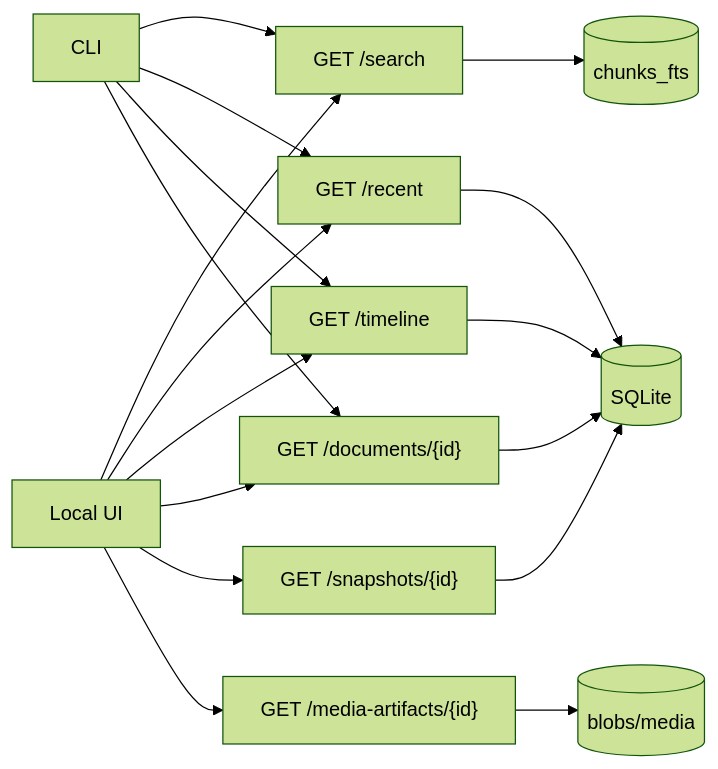
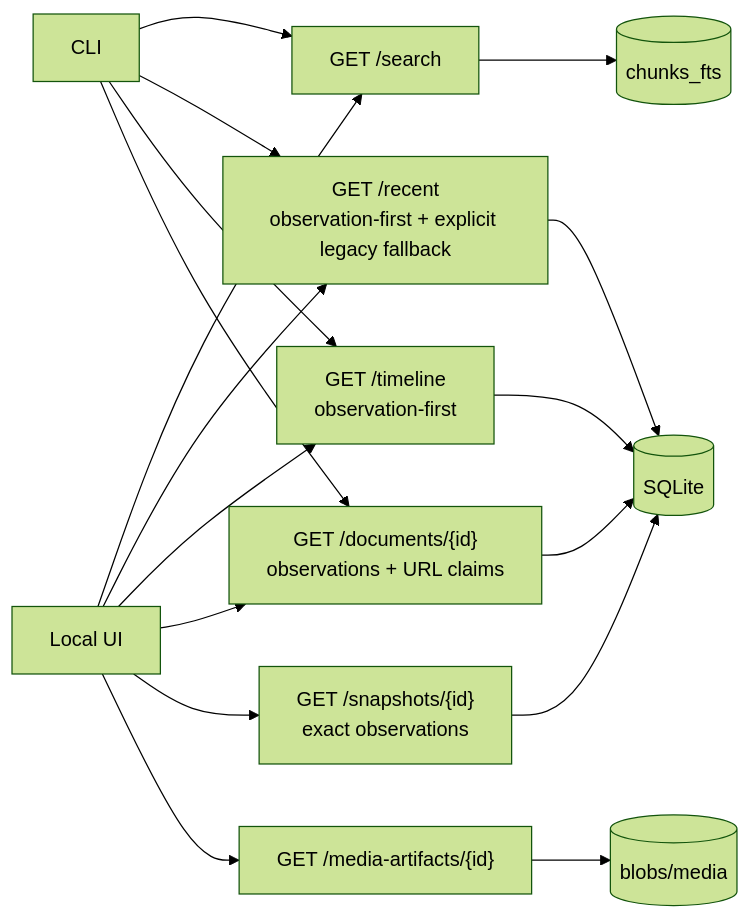
Before and after one commit to michaelnicks0/browser-memory-daemon: the seventh of 8 diagrams in docs/DIAGRAMS.md, drawn with Mermaid (forest theme). The commit also changed other lines of this file and 25 other files, not shown here.

````diff
--- a/docs/DIAGRAMS.md
+++ b/docs/DIAGRAMS.md
@@ -154,19 +154,19 @@
 ```mermaid
 flowchart LR
   Search["GET /search"] --> FTS[("chunks_fts")]
-  Recent["GET /recent"] --> DB[("SQLite")]
-  Timeline["GET /timeline"] --> DB
-  Detail["GET /documents/{id}"] --> DB
-  Snapshot["GET /snapshots/{id}"] --> DB
+  Recent["GET /recent<br/>observation-first + explicit legacy fallback"] --> DB[("SQLite")]
+  Timeline["GET /timeline<br/>observation-first"] --> DB
+  Detail["GET /documents/{id}<br/>observations + URL claims"] --> DB
+  Snapshot["GET /snapshots/{id}<br/>exact observations"] --> DB
   Media["GET /media-artifacts/{id}"] --> MediaBlobs[("blobs/media")]
   UI["Local UI"] --> Search
   UI --> Recent
   UI --> Timeline
   UI --> Detail
   UI --> Snapshot
   UI --> Media
   CLI["CLI"] --> Search
   CLI --> Recent
   CLI --> Timeline
   CLI --> Detail
 ```
````
